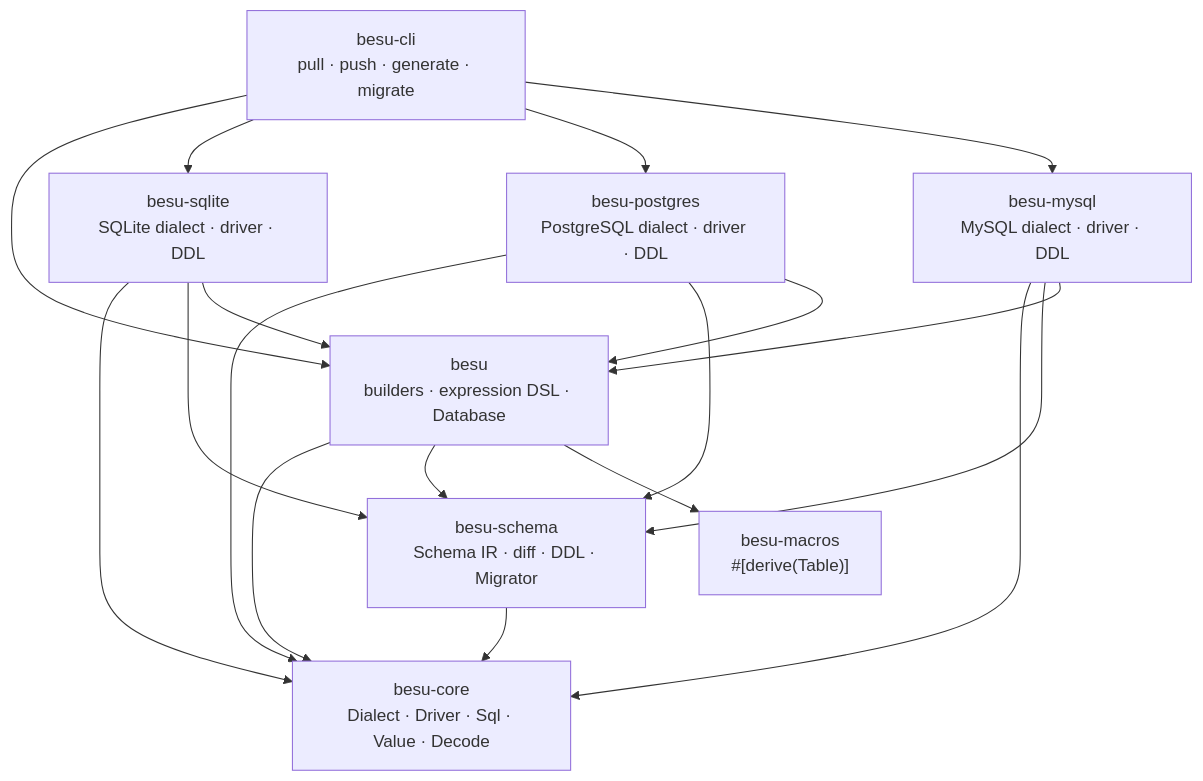
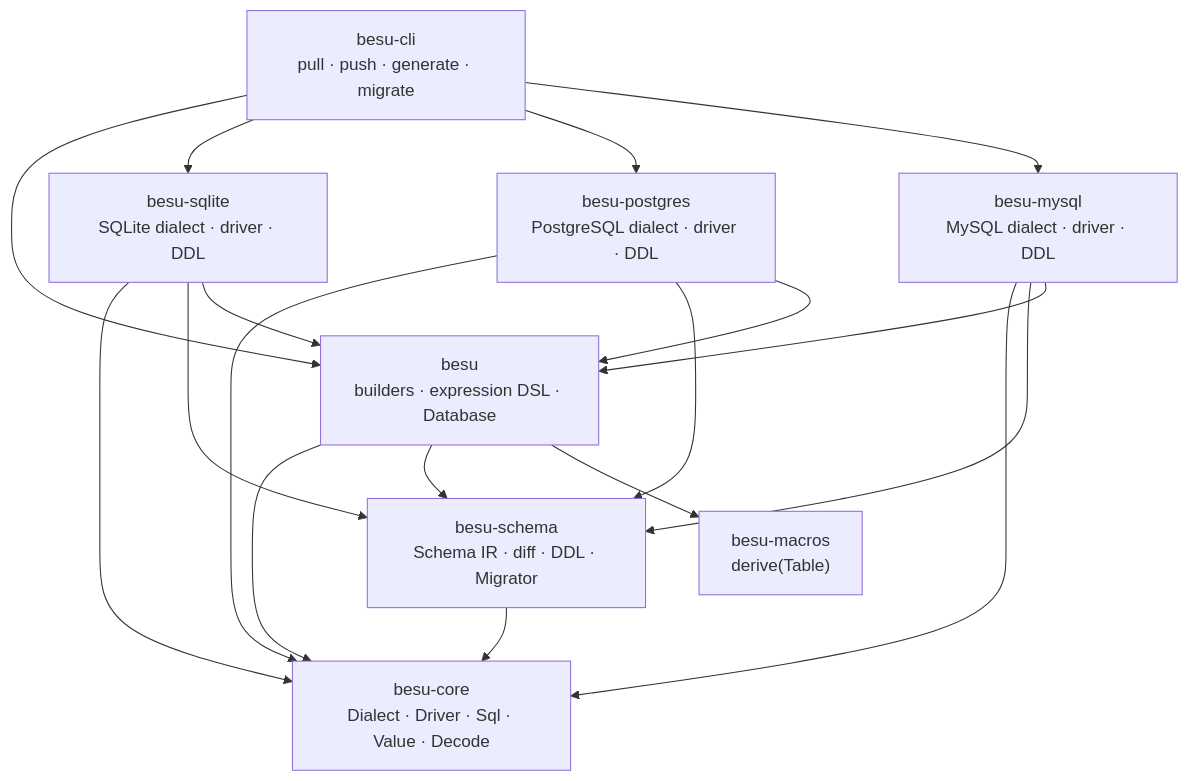
Before and after one commit to specta-rs/besu: the first of 2 diagrams in docs/architecture.md, drawn with Mermaid. The commit also changed other lines of this file and 26 other files, not shown here.

````diff
--- a/docs/architecture.md
+++ b/docs/architecture.md
@@ -9,33 +9,33 @@
 ```mermaid
 flowchart TD
     core["besu-core<br/>Dialect · Driver · Sql · Value · Decode"]
     schema["besu-schema<br/>Schema IR · diff · DDL · Migrator"]
-    macros["besu-macros<br/>#[derive(Table)]"]
+    macros["besu-macros<br/>derive(Table)"]
     besu["besu<br/>builders · expression DSL · Database"]
     sqlite["besu-sqlite<br/>SQLite dialect · driver · DDL"]
     postgres["besu-postgres<br/>PostgreSQL dialect · driver · DDL"]
     mysql["besu-mysql<br/>MySQL dialect · driver · DDL"]
     cli["besu-cli<br/>pull · push · generate · migrate"]
 
     schema --> core
     besu --> core
     besu --> schema
     besu --> macros
 
     sqlite --> core
     sqlite --> schema
     sqlite --> besu
 
     postgres --> core
     postgres --> schema
     postgres --> besu
 
     mysql --> core
     mysql --> schema
     mysql --> besu
 
     cli --> besu
     cli --> sqlite
     cli --> postgres
     cli --> mysql
 ```
````
